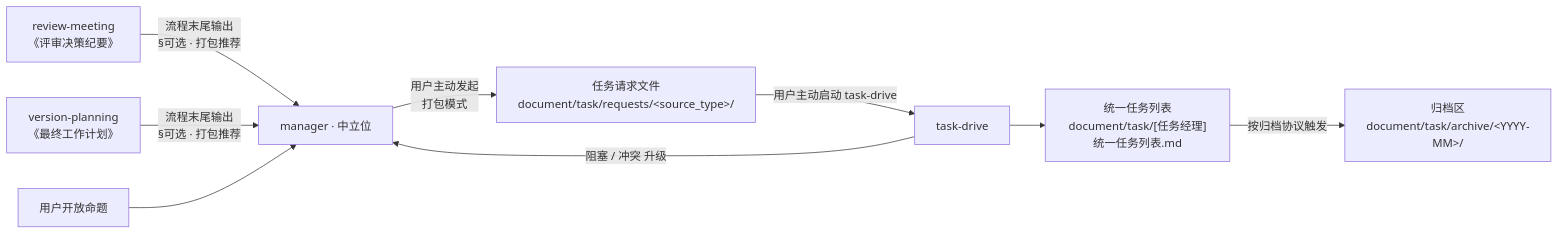
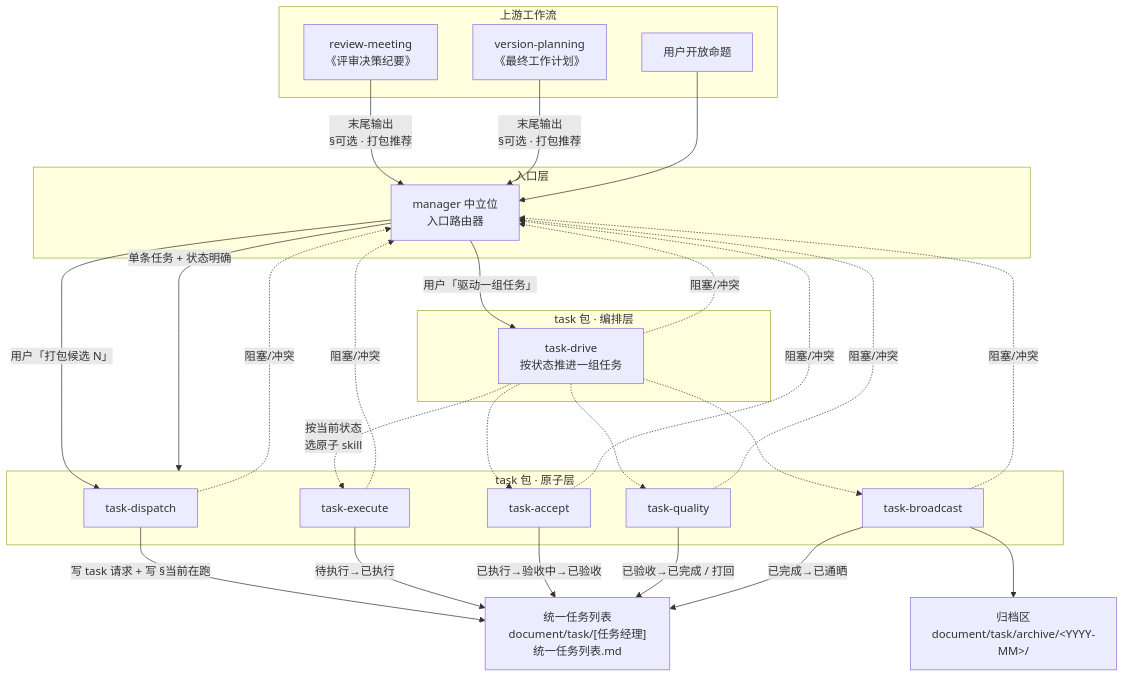
The diagram in .cursor/agents/manager.md (lanjie162/HarmonyTimeStory), drawn with Mermaid before and after one commit. The commit also changed other lines of this file and 12 other files, not shown here.

````diff
--- a/.cursor/agents/manager.md
+++ b/.cursor/agents/manager.md
@@ -55,13 +78,55 @@
 ```mermaid
-flowchart LR
-    Review[review-meeting<br/>《评审决策纪要》] -->|"流程末尾输出<br/>§可选 · 打包推荐"| ManagerA[manager · 中立位]
-    Plan[version-planning<br/>《最终工作计划》] -->|"流程末尾输出<br/>§可选 · 打包推荐"| ManagerA
-    AdHoc[用户开放命题] --> ManagerA
+flowchart TD
+    subgraph entryLayer [入口层]
+        Manager[manager 中立位<br/>入口路由器]
+    end
 
-    ManagerA -->|"用户主动发起<br/>打包模式"| Req["任务请求文件<br/>document/task/requests/&lt;source_type&gt;/"]
-    Req -->|"用户主动启动 task-drive"| TaskDrive[task-drive]
-    TaskDrive --> Master["统一任务列表<br/>document/task/[任务经理]统一任务列表.md"]
-    Master -->|"按归档协议触发"| Archive["归档区<br/>document/task/archive/&lt;YYYY-MM&gt;/"]
+    subgraph upstream [上游工作流]
+        Review[review-meeting<br/>《评审决策纪要》]
+        Plan[version-planning<br/>《最终工作计划》]
+        AdHoc[用户开放命题]
+    end
 
-    TaskDrive -->|"阻塞 / 冲突 升级"| ManagerA
+    subgraph orchLayer [task 包 · 编排层]
+        Drive[task-drive<br/>按状态推进一组任务]
+    end
+
+    subgraph atomLayer [task 包 · 原子层]
+        Dispatch[task-dispatch]
+        Execute[task-execute]
+        Accept[task-accept]
+        Quality[task-quality]
+        Broadcast[task-broadcast]
+    end
+
+    Master["统一任务列表<br/>document/task/[任务经理]统一任务列表.md"]
+    Archive["归档区<br/>document/task/archive/&lt;YYYY-MM&gt;/"]
+
+    Review -->|"末尾输出<br/>§可选 · 打包推荐"| Manager
+    Plan -->|"末尾输出<br/>§可选 · 打包推荐"| Manager
+    AdHoc --> Manager
+
+    Manager -->|"用户「打包候选 N」"| Dispatch
+    Manager -->|"用户「驱动一组任务」"| Drive
+    Manager -->|"单条任务 + 状态明确"| atomLayer
+
+    Dispatch -->|"写 task 请求 + 写 §当前在跑"| Master
+
+    Drive -.->|"按当前状态<br/>选原子 skill"| Execute
+    Drive -.-> Accept
+    Drive -.-> Quality
+    Drive -.-> Broadcast
+
+    Execute -->|"待执行→已执行"| Master
+    Accept -->|"已执行→验收中→已验收"| Master
+    Quality -->|"已验收→已完成 / 打回"| Master
+    Broadcast -->|"已完成→已通晒"| Master
+    Broadcast --> Archive
+
+    Drive -. 阻塞/冲突 .-> Manager
+    Dispatch -. 阻塞/冲突 .-> Manager
+    Execute -. 阻塞/冲突 .-> Manager
+    Accept -. 阻塞/冲突 .-> Manager
+    Quality -. 阻塞/冲突 .-> Manager
+    Broadcast -. 阻塞/冲突 .-> Manager
 ```
````
